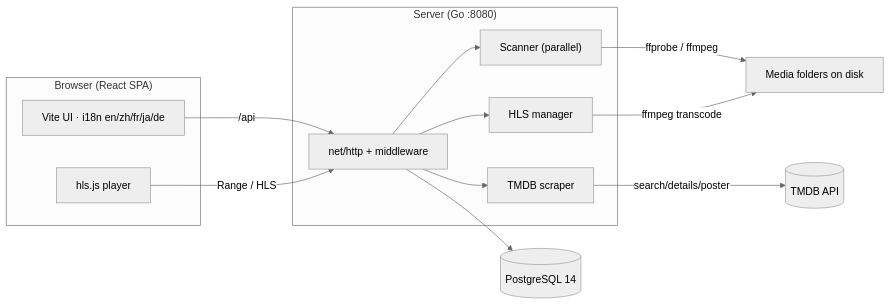
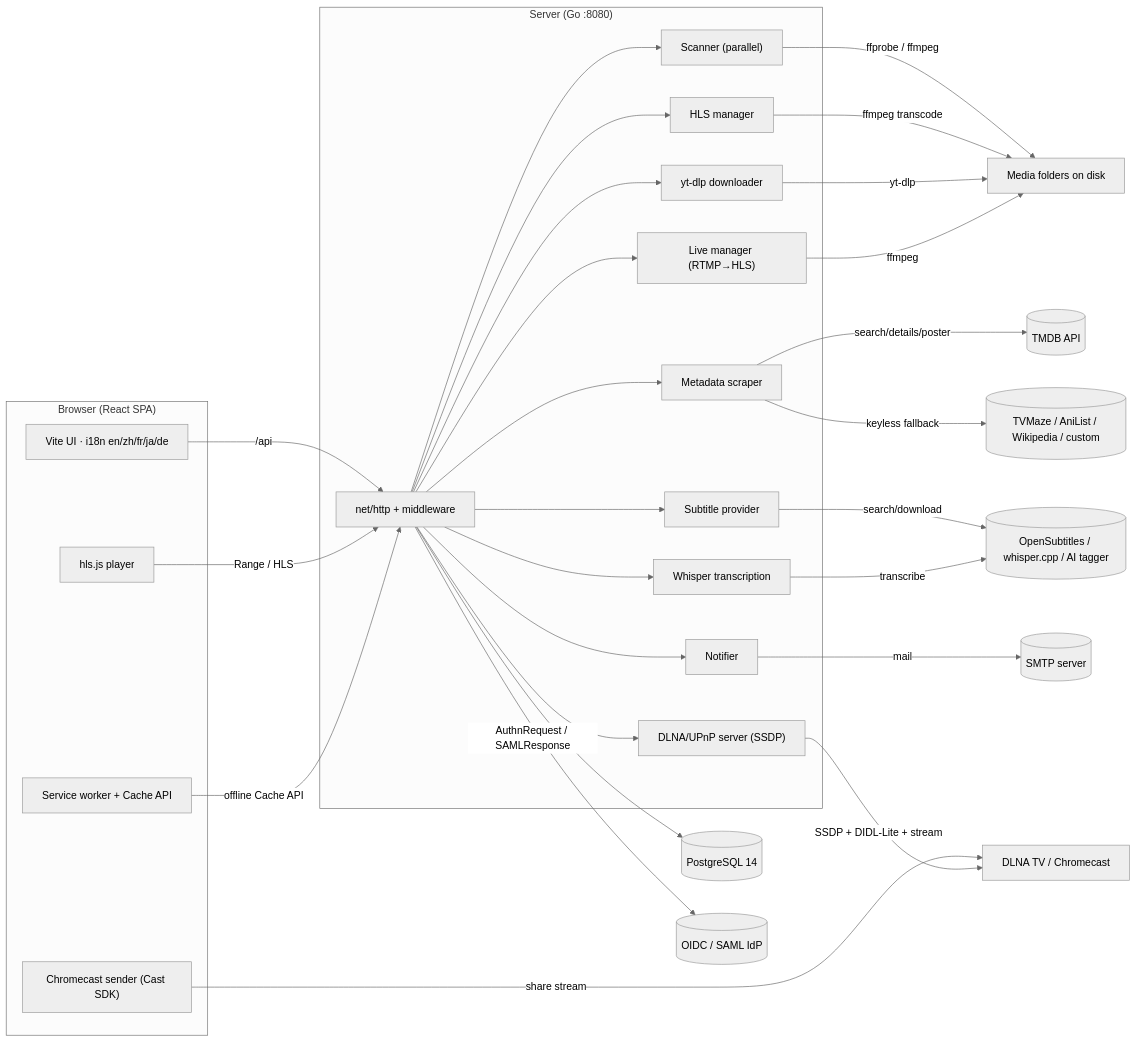
One commit to T-bagwell/videocms changed the first of 4 diagrams in docs/architecture.md. Above: the diagram before and after it, drawn with Mermaid (neutral theme). The commit also changed other lines of this file, not shown here.

Commit message:
docs(architecture): refresh diagrams, schema, config and extension points

````diff
--- a/docs/architecture.md
+++ b/docs/architecture.md
@@ -29,26 +29,55 @@
 ```mermaid
 flowchart LR
     subgraph Browser["Browser (React SPA)"]
         UI["Vite UI · i18n en/zh/fr/ja/de"]
         HLS["hls.js player"]
+        CAST["Chromecast sender (Cast SDK)"]
+        PWA["Service worker + Cache API"]
     end
     subgraph Server["Server (Go :8080)"]
         API["net/http + middleware"]
         SCAN["Scanner (parallel)"]
         HLSM["HLS manager"]
-        SCR["TMDB scraper"]
+        SCR["Metadata scraper"]
+        DL["yt-dlp downloader"]
+        LIVE["Live manager (RTMP→HLS)"]
+        WHIS["Whisper transcription"]
+        SUB["Subtitle provider"]
+        NOT["Notifier"]
+        DLNA["DLNA/UPnP server (SSDP)"]
     end
     DB[("PostgreSQL 14")]
     DISK["Media folders on disk"]
     TMDB[("TMDB API")]
+    META[("TVMaze / AniList / Wikipedia / custom")]
+    OS[("OpenSubtitles / whisper.cpp / AI tagger")]
+    IDP[("OIDC / SAML IdP")]
+    TV["DLNA TV / Chromecast"]
+    SMTP[("SMTP server")]
 
     UI -->|"/api"| API
     HLS -->|"Range / HLS"| API
+    PWA -->|"offline Cache API"| API
+    CAST -->|"share stream"| TV
     API --> DB
     API --> SCAN
     API --> HLSM
     API --> SCR
+    API --> DL
+    API --> LIVE
+    API --> WHIS
+    API --> SUB
+    API --> NOT
+    API --> DLNA
     SCAN -->|"ffprobe / ffmpeg"| DISK
     HLSM -->|"ffmpeg transcode"| DISK
+    DL -->|"yt-dlp"| DISK
+    LIVE -->|"ffmpeg"| DISK
     SCR -->|"search/details/poster"| TMDB
+    SCR -->|"keyless fallback"| META
+    SUB -->|"search/download"| OS
+    WHIS -->|"transcribe"| OS
+    DLNA -->|"SSDP + DIDL-Lite + stream"| TV
+    API -->|"AuthnRequest / SAMLResponse"| IDP
+    NOT -->|"mail"| SMTP
 ```
````
